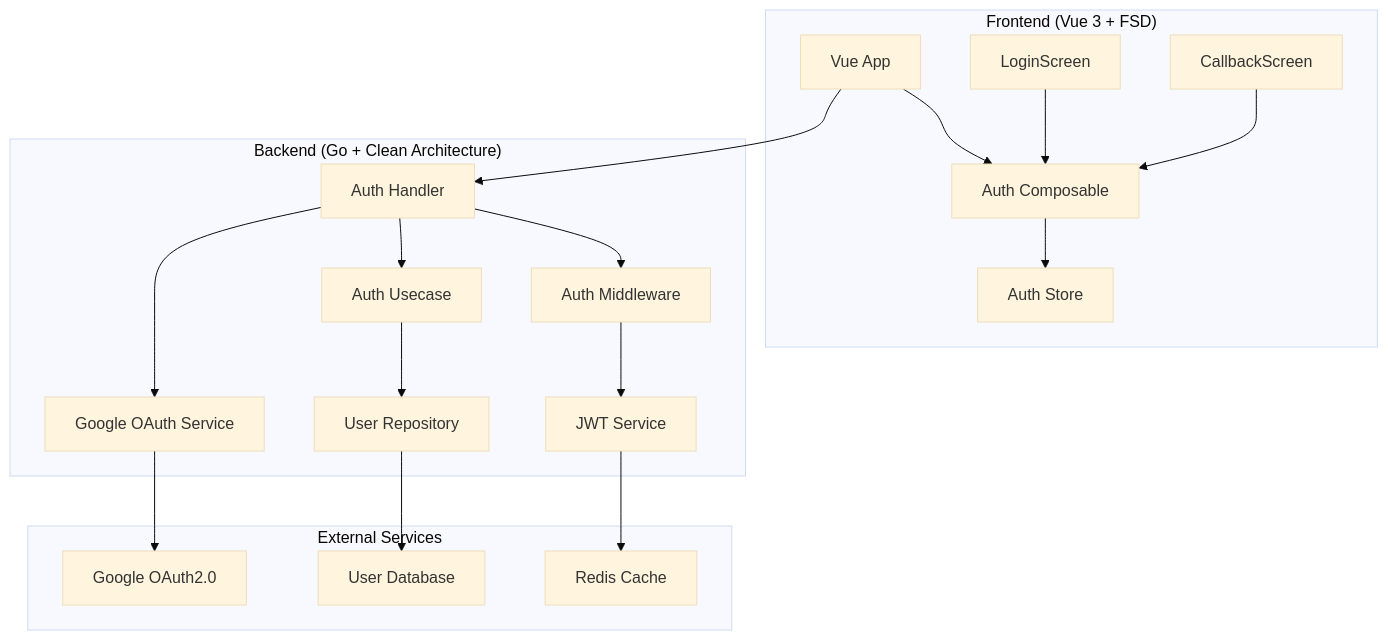
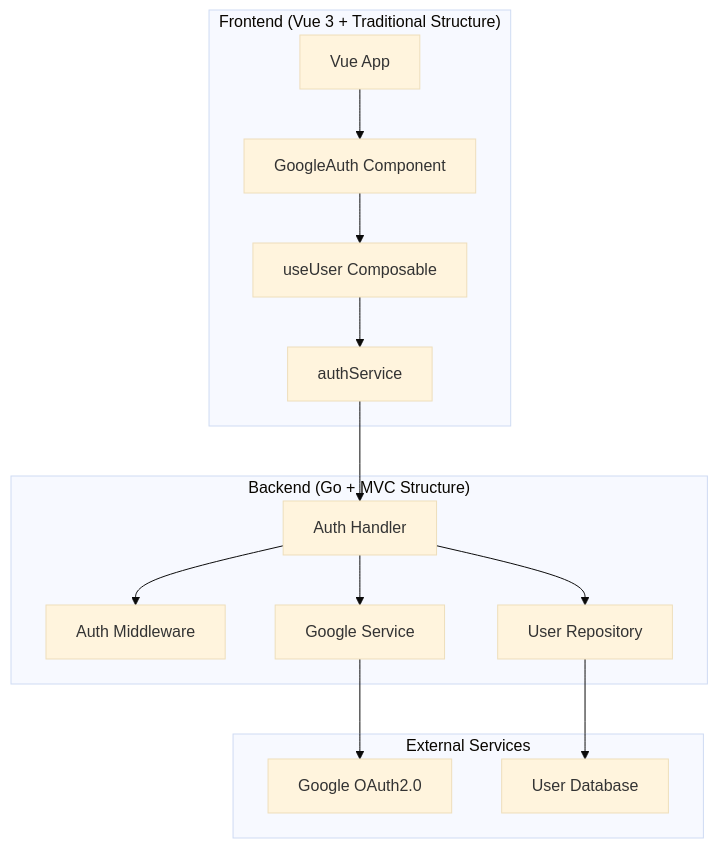
Before and after one commit to myantyuWorld/stackies-with-cc: the first of 27 diagrams in docs/auth-system-design.md, drawn with Mermaid (base theme). The commit also changed other lines of this file and 13 other files, not shown here.

````diff
--- a/docs/auth-system-design.md
+++ b/docs/auth-system-design.md
@@ -8,39 +8,31 @@
 ```mermaid
 graph TB
-    subgraph "Frontend (Vue 3 + FSD)"
+    subgraph "Frontend (Vue 3 + Traditional Structure)"
         A[Vue App]
-        B[Auth Composable]
-        C[Auth Store]
-        D[LoginScreen]
-        E[CallbackScreen]
+        B[GoogleAuth Component]
+        C[useUser Composable]
+        D[authService]
     end
     
-    subgraph "Backend (Go + Clean Architecture)"
+    subgraph "Backend (Go + MVC Structure)"
         F[Auth Handler]
         G[Auth Middleware]
-        H[JWT Service]
-        I[Google OAuth Service]
-        J[Auth Usecase]
-        K[User Repository]
+        H[Google Service]
+        I[User Repository]
     end
     
     subgraph "External Services"
         L[Google OAuth2.0]
         M[User Database]
-        N[Redis Cache]
     end
     
     A --> B
     B --> C
-    D --> B
-    E --> B
-    A --> F
+    C --> D
+    D --> F
     F --> G
-    G --> H
+    F --> H
     F --> I
-    F --> J
-    J --> K
-    I --> L
-    K --> M
-    H --> N
+    H --> L
+    I --> M
 ```
````
